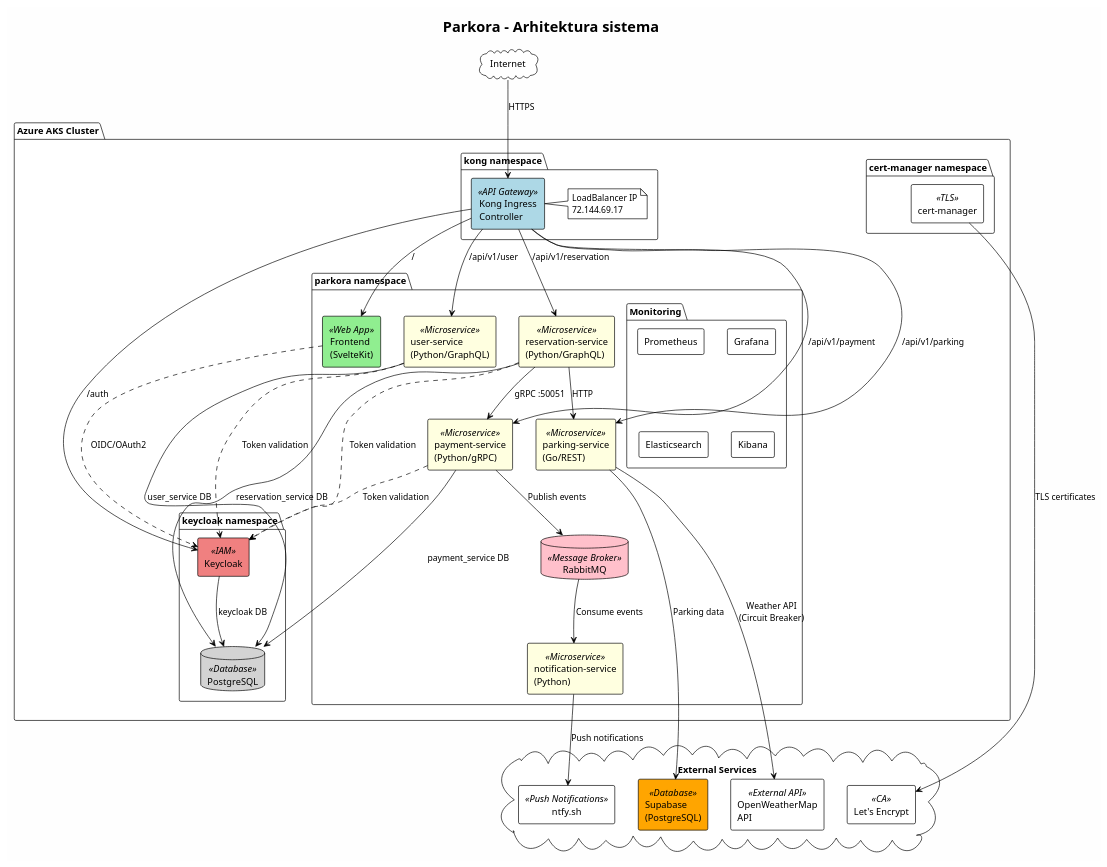
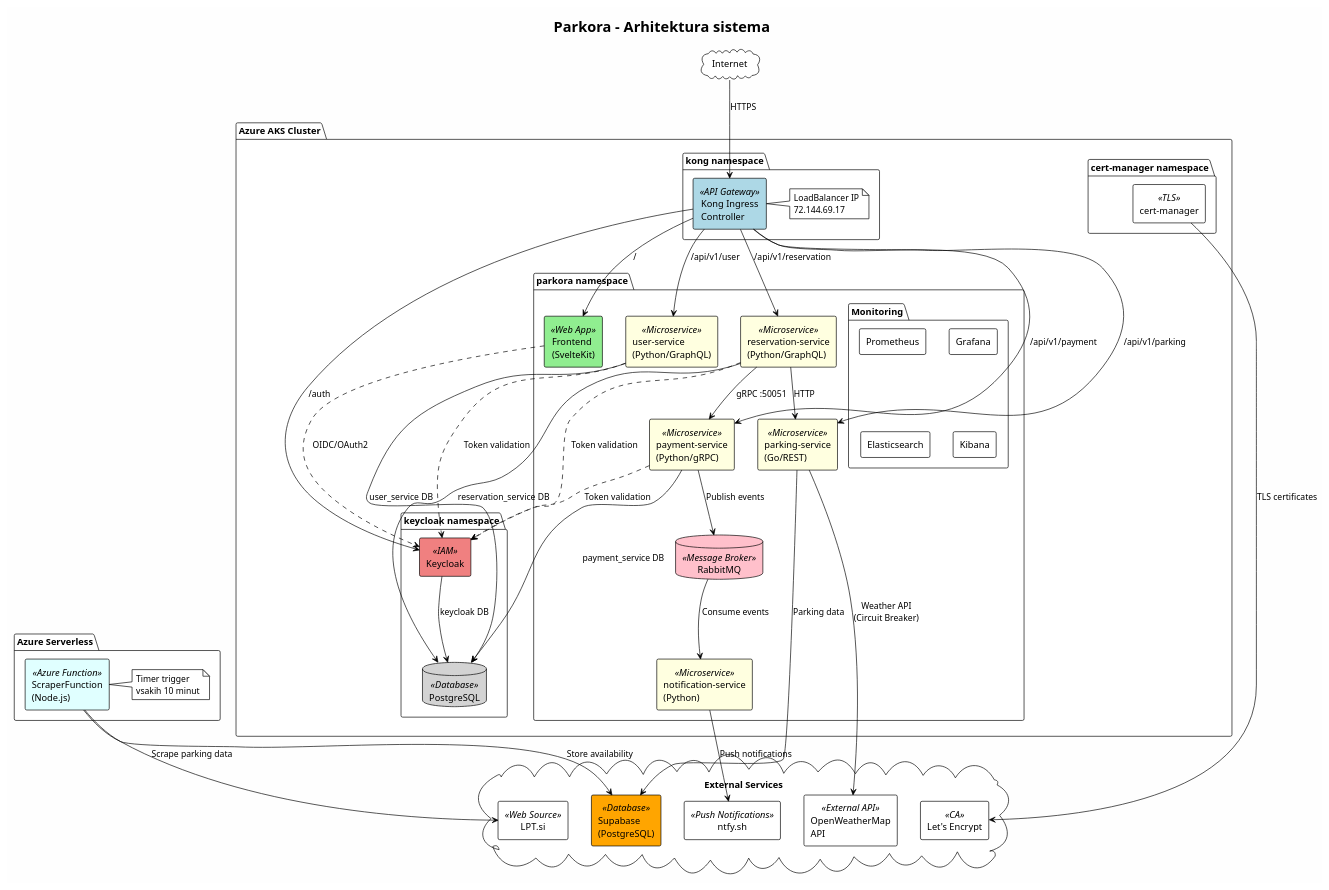
The diagram in diagrami/arhitektura.puml (sample-unwind/docs), drawn with PlantUML before and after one commit. The commit also changed 6 other files, not shown here.

First line of the commit message:
docs: spremeni serverless funkcijo iz invoice na scraper

```diff
--- a/diagrami/arhitektura.puml
+++ b/diagrami/arhitektura.puml
@@ -1,88 +1,98 @@
 @startuml arhitektura
 !theme plain
 skinparam backgroundColor #FEFEFE
 skinparam componentStyle rectangle
 
 title Parkora - Arhitektura sistema
 
 cloud "Internet" as internet {
 }
 
 package "Azure AKS Cluster" as aks {
     
     package "kong namespace" as kong_ns {
         component "Kong Ingress\nController" as kong <<API Gateway>> #LightBlue
         note right of kong : LoadBalancer IP\n72.144.69.17
     }
     
     package "parkora namespace" as parkora_ns {
         component "Frontend\n(SvelteKit)" as frontend <<Web App>> #LightGreen
         component "user-service\n(Python/GraphQL)" as user <<Microservice>> #LightYellow
         component "parking-service\n(Go/REST)" as parking <<Microservice>> #LightYellow
         component "reservation-service\n(Python/GraphQL)" as reservation <<Microservice>> #LightYellow
         component "payment-service\n(Python/gRPC)" as payment <<Microservice>> #LightYellow
         component "notification-service\n(Python)" as notification <<Microservice>> #LightYellow
         
         database "RabbitMQ" as rabbitmq <<Message Broker>> #Pink
         
         package "Monitoring" as monitoring {
             component "Prometheus" as prometheus
             component "Grafana" as grafana
             component "Elasticsearch" as elastic
             component "Kibana" as kibana
         }
     }
     
     package "keycloak namespace" as keycloak_ns {
         component "Keycloak" as keycloak <<IAM>> #LightCoral
         database "PostgreSQL" as postgres <<Database>> #LightGray
     }
     
     package "cert-manager namespace" as certmanager_ns {
         component "cert-manager" as certmanager <<TLS>>
     }
 }
 
 cloud "External Services" as external {
     component "Supabase\n(PostgreSQL)" as supabase <<Database>> #Orange
     component "OpenWeatherMap\nAPI" as weather <<External API>>
     component "ntfy.sh" as ntfy <<Push Notifications>>
     component "Let's Encrypt" as letsencrypt <<CA>>
+    component "LPT.si" as lpt <<Web Source>>
+}
+
+package "Azure Serverless" as serverless {
+    component "ScraperFunction\n(Node.js)" as azfunc <<Azure Function>> #LightCyan
+    note right of azfunc : Timer trigger\nvsakih 10 minut
 }
 
 ' Internet connections
 internet --> kong : HTTPS
 
 ' Kong routing
 kong --> frontend : /
 kong --> user : /api/v1/user
 kong --> parking : /api/v1/parking
 kong --> reservation : /api/v1/reservation
 kong --> payment : /api/v1/payment
 kong --> keycloak : /auth
 
 ' Service to database connections
 user --> postgres : user_service DB
 reservation --> postgres : reservation_service DB
 payment --> postgres : payment_service DB
 keycloak --> postgres : keycloak DB
 
 ' External connections
 parking --> supabase : Parking data
 parking --> weather : Weather API\n(Circuit Breaker)
 notification --> ntfy : Push notifications
 certmanager --> letsencrypt : TLS certificates
 
+' Serverless scraper
+azfunc --> lpt : Scrape parking data
+azfunc --> supabase : Store availability
+
 ' Inter-service communication
 reservation --> payment : gRPC :50051
 reservation --> parking : HTTP
 payment --> rabbitmq : Publish events
 rabbitmq --> notification : Consume events
 
 ' Auth
 frontend ..> keycloak : OIDC/OAuth2
 user ..> keycloak : Token validation
 reservation ..> keycloak : Token validation
 payment ..> keycloak : Token validation
 
 @enduml
```
